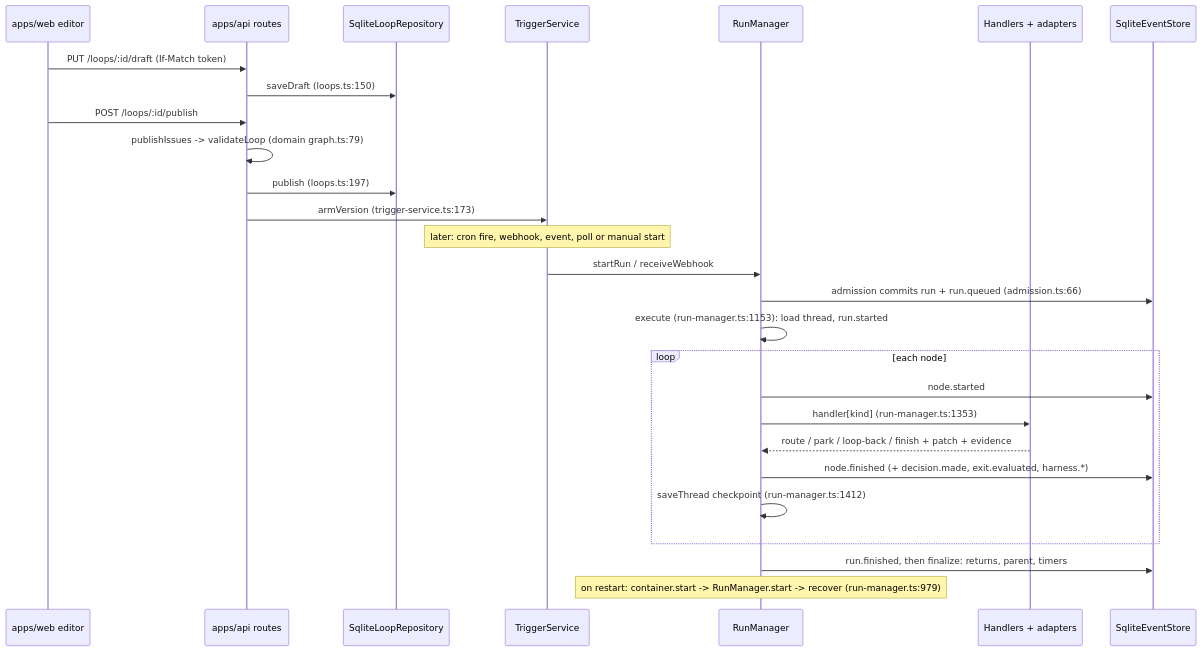
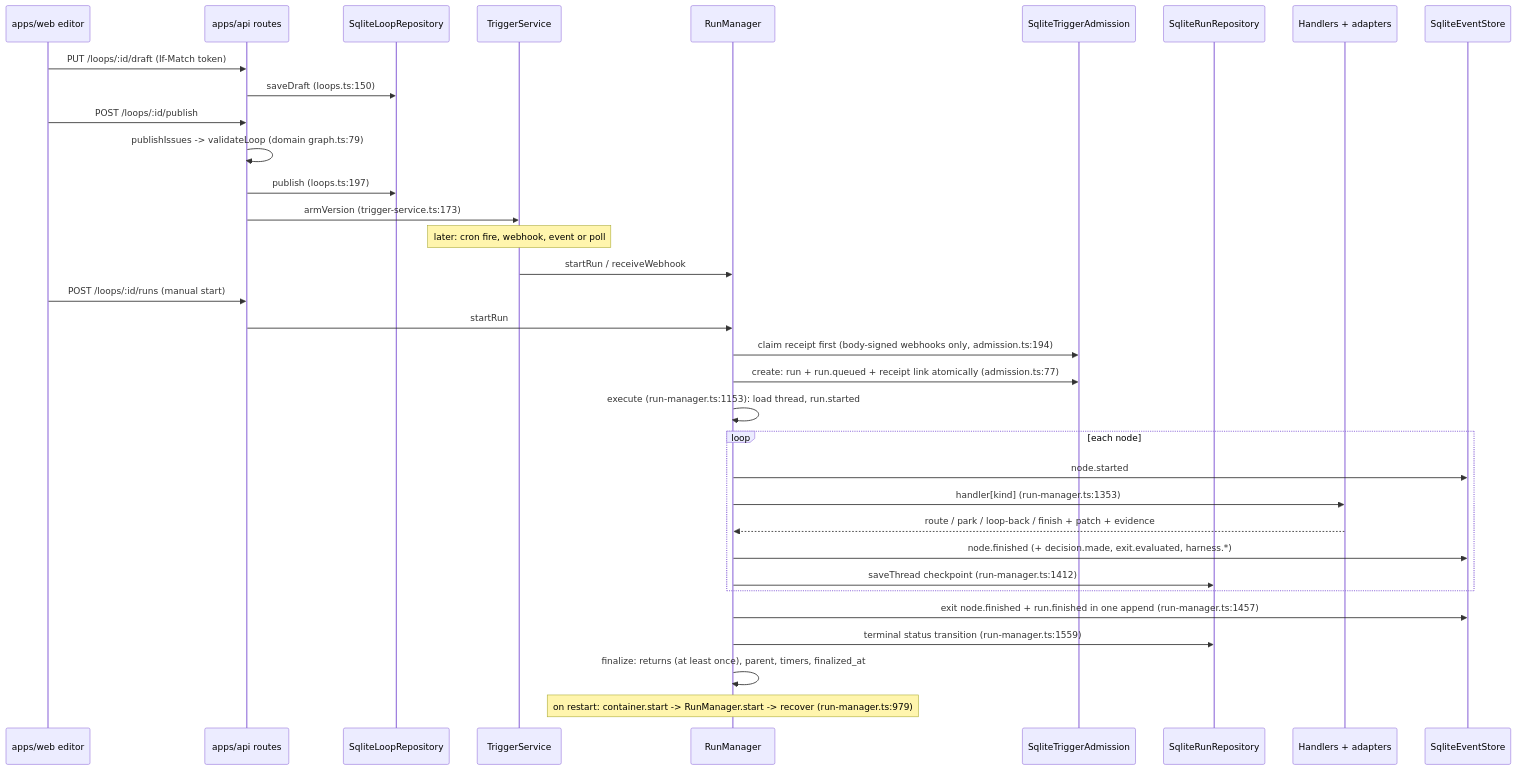
One commit to Jacob-J-Thomas/GraphGoblin changed the seventh of 7 diagrams in docs/architecture/README.md. Above: the diagram before and after it, drawn with Mermaid. The commit also changed other lines of this file and 1 other file, not shown here.

````diff
--- a/docs/architecture/README.md
+++ b/docs/architecture/README.md
@@ -313,29 +326,36 @@
 ```mermaid
 sequenceDiagram
   participant W as apps/web editor
   participant API as apps/api routes
   participant LR as SqliteLoopRepository
   participant TS as TriggerService
   participant RM as RunManager
+  participant AD as SqliteTriggerAdmission
+  participant RR as SqliteRunRepository
   participant H as Handlers + adapters
   participant ES as SqliteEventStore
   W->>API: PUT /loops/:id/draft (If-Match token)
   API->>LR: saveDraft (loops.ts:150)
   W->>API: POST /loops/:id/publish
   API->>API: publishIssues -> validateLoop (domain graph.ts:79)
   API->>LR: publish (loops.ts:197)
   API->>TS: armVersion (trigger-service.ts:173)
-  Note over TS: later: cron fire, webhook, event, poll or manual start
+  Note over TS: later: cron fire, webhook, event or poll
   TS->>RM: startRun / receiveWebhook
-  RM->>ES: admission commits run + run.queued (admission.ts:66)
+  W->>API: POST /loops/:id/runs (manual start)
+  API->>RM: startRun
+  RM->>AD: claim receipt first (body-signed webhooks only, admission.ts:194)
+  RM->>AD: create: run + run.queued + receipt link atomically (admission.ts:77)
   RM->>RM: execute (run-manager.ts:1153): load thread, run.started
   loop each node
     RM->>ES: node.started
     RM->>H: handler[kind] (run-manager.ts:1353)
     H-->>RM: route / park / loop-back / finish + patch + evidence
     RM->>ES: node.finished (+ decision.made, exit.evaluated, harness.*)
-    RM->>RM: saveThread checkpoint (run-manager.ts:1412)
+    RM->>RR: saveThread checkpoint (run-manager.ts:1412)
   end
-  RM->>ES: run.finished, then finalize: returns, parent, timers
+  RM->>ES: exit node.finished + run.finished in one append (run-manager.ts:1457)
+  RM->>RR: terminal status transition (run-manager.ts:1559)
+  RM->>RM: finalize: returns (at least once), parent, timers, finalized_at
   Note over RM: on restart: container.start -> RunManager.start -> recover (run-manager.ts:979)
 ```
````
